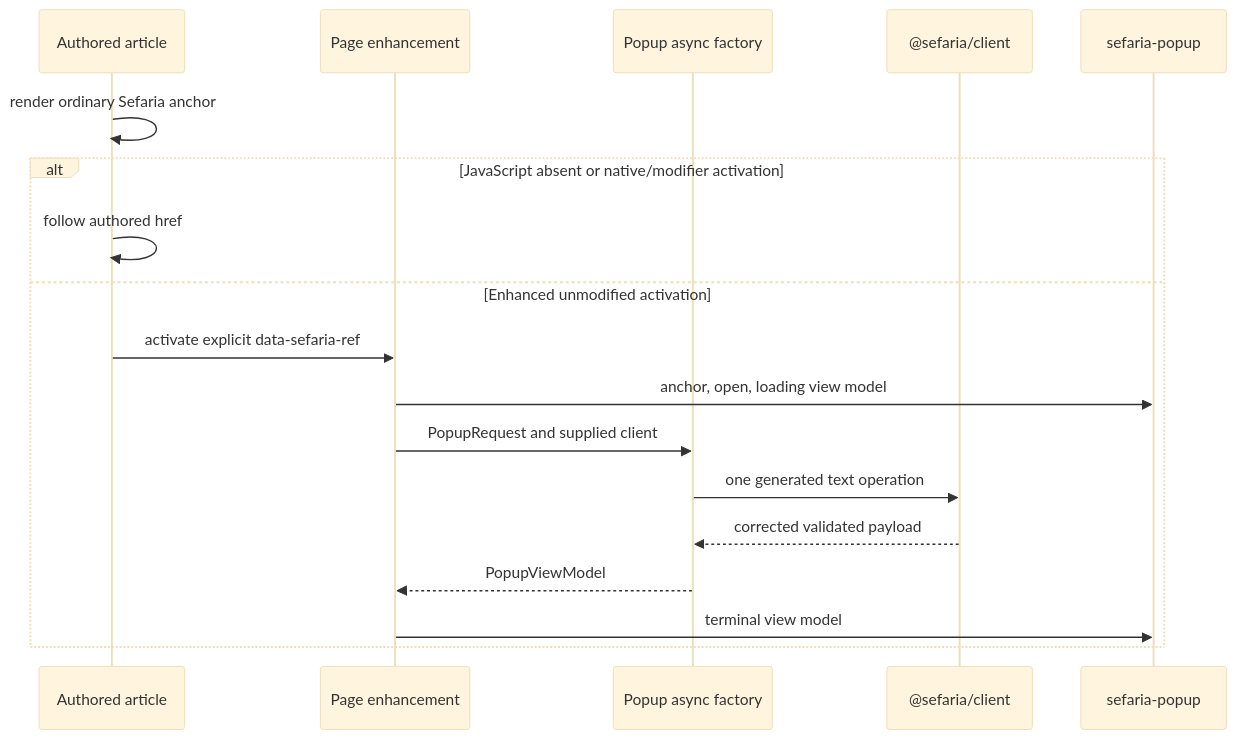
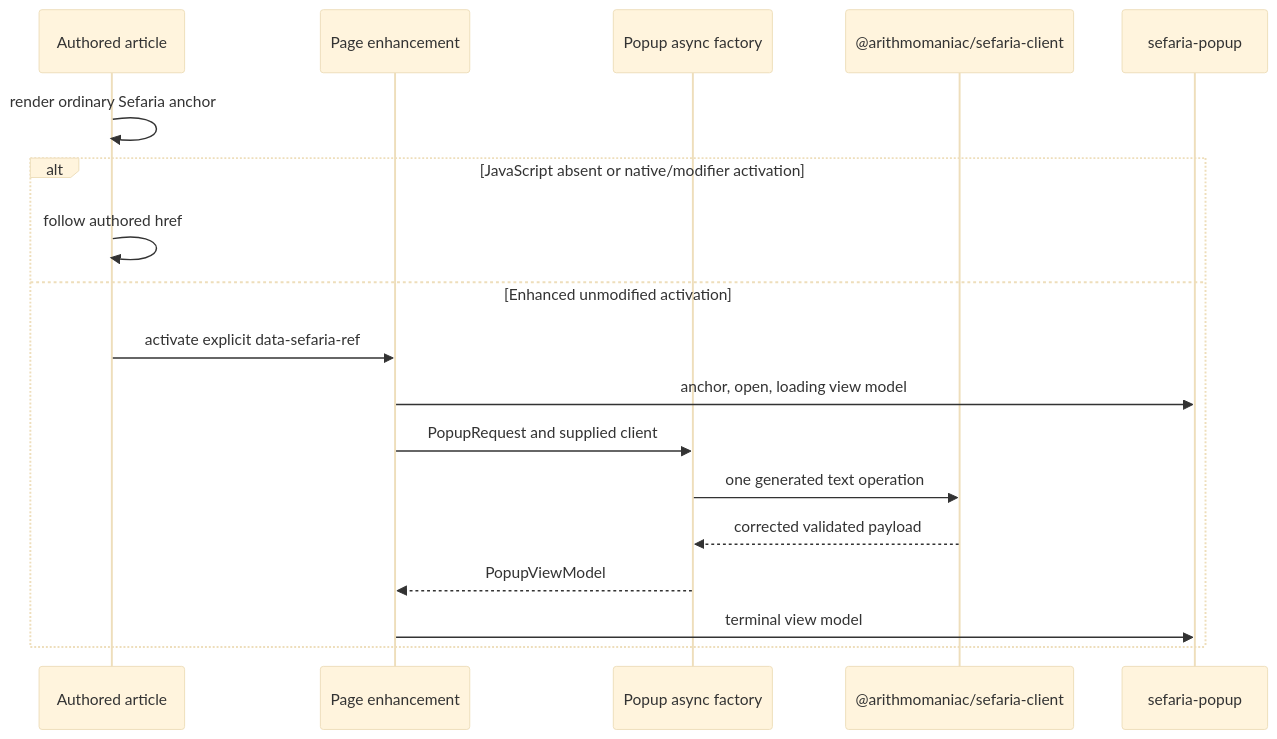
Before and after one commit to Arithmomaniac/sefaria-frontend-toolkit: the third of 3 diagrams in docs/specs/integrations.md, drawn with Mermaid (base theme). The commit also changed other lines of this file and 130 other files, not shown here.

````diff
--- a/docs/specs/integrations.md
+++ b/docs/specs/integrations.md
@@ -383,21 +383,21 @@
 ```mermaid
 sequenceDiagram
     participant Page as Authored article
     participant Integration as Page enhancement
     participant Factory as Popup async factory
-    participant Client as @sefaria/client
+    participant Client as @arithmomaniac/sefaria-client
     participant Element as sefaria-popup
 
     Page->>Page: render ordinary Sefaria anchor
     alt JavaScript absent or native/modifier activation
         Page->>Page: follow authored href
     else Enhanced unmodified activation
         Page->>Integration: activate explicit data-sefaria-ref
         Integration->>Element: anchor, open, loading view model
         Integration->>Factory: PopupRequest and supplied client
         Factory->>Client: one generated text operation
         Client-->>Factory: corrected validated payload
         Factory-->>Integration: PopupViewModel
         Integration->>Element: terminal view model
     end
 ```
````
